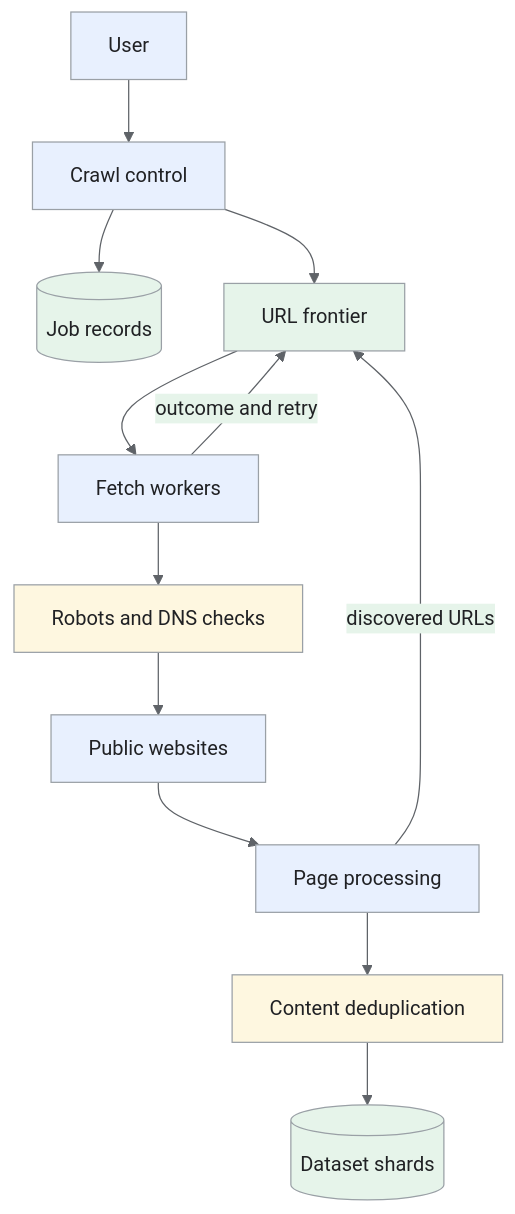
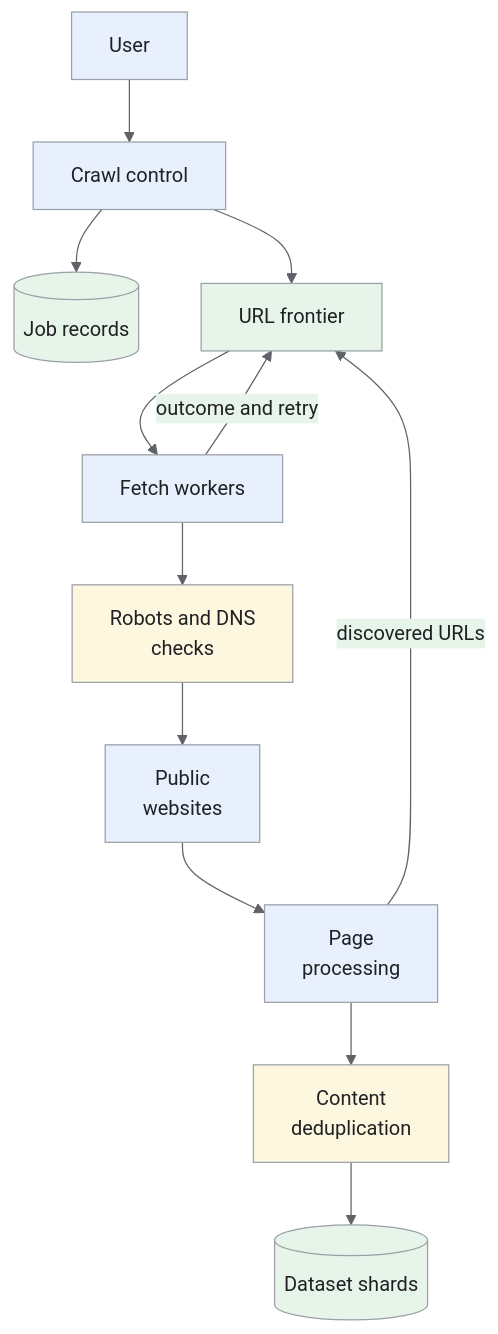
The first of 6 diagrams in _designs/system-design-web-crawler.md (iliazlobin/iliazlobin.github.io), drawn with Mermaid before and after one commit. The commit also changed other lines of this file and 116 other files, not shown here.

````diff
--- a/_designs/system-design-web-crawler.md
+++ b/_designs/system-design-web-crawler.md
@@ -139,22 +139,22 @@
 ```mermaid
-%%{init: {'theme':'base','themeVariables':{'primaryColor':'#e8f0fe','primaryTextColor':'#202124','primaryBorderColor':'#9aa0a6','lineColor':'#5f6368','secondaryColor':'#e6f4ea','tertiaryColor':'#fef7e0','actorBkg':'#e8f0fe','actorBorder':'#9aa0a6','actorTextColor':'#202124','noteBkgColor':'#fef7e0','noteTextColor':'#202124','noteBorderColor':'#9aa0a6','signalColor':'#5f6368','signalTextColor':'#202124','labelBoxBkgColor':'#fef7e0','labelBoxBorderColor':'#9aa0a6'}}}%%
+%%{init: {"theme":"base","themeVariables":{"primaryColor":"#e8f0fe","primaryBorderColor":"#9aa0a6","primaryTextColor":"#202124","secondaryColor":"#e6f4ea","tertiaryColor":"#fef7e0","lineColor":"#5f6368","actorBkg":"#e8f0fe","actorBorder":"#9aa0a6","actorTextColor":"#202124","noteBkgColor":"#fef7e0","noteBorderColor":"#9aa0a6","noteTextColor":"#202124","signalColor":"#5f6368","signalTextColor":"#202124"}}}%%
 flowchart TB
   U["User"] --> API["Crawl control"]
   API --> J[("Job records")]
   API --> F["URL frontier"]
   F --> W["Fetch workers"]
-  W --> R["Robots and DNS checks"]
-  R --> WEB["Public websites"]
-  WEB --> P["Page processing"]
-  P --> D["Content deduplication"]
+  W --> R["Robots and DNS<br>checks"]
+  R --> WEB["Public<br>websites"]
+  WEB --> P["Page<br>processing"]
+  P --> D["Content<br>deduplication"]
   D --> O[("Dataset shards")]
   P -->|discovered URLs| F
   W -->|outcome and retry| F
 classDef request fill:#e8f0fe,stroke:#9aa0a6,color:#202124;
 classDef data fill:#e6f4ea,stroke:#9aa0a6,color:#202124;
 classDef control fill:#fef7e0,stroke:#9aa0a6,color:#202124;
 class U,API,W,WEB,P request;
 class J,F,O data;
 class R,D control;
 
 ```
````
